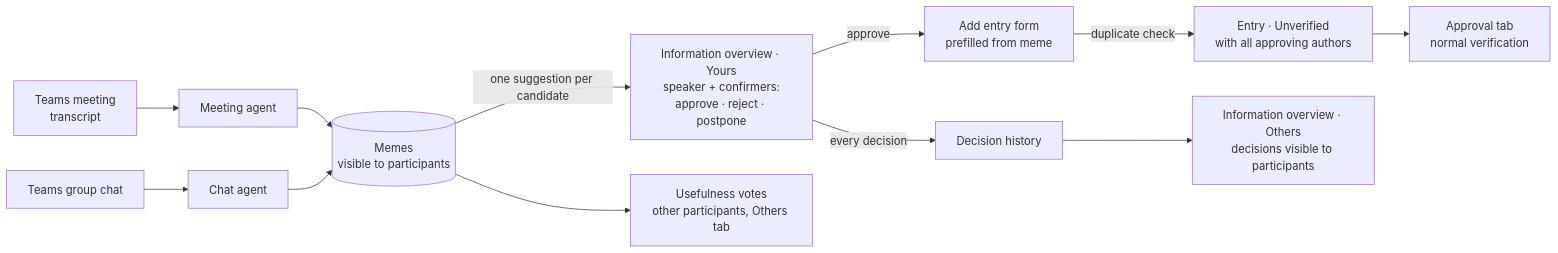
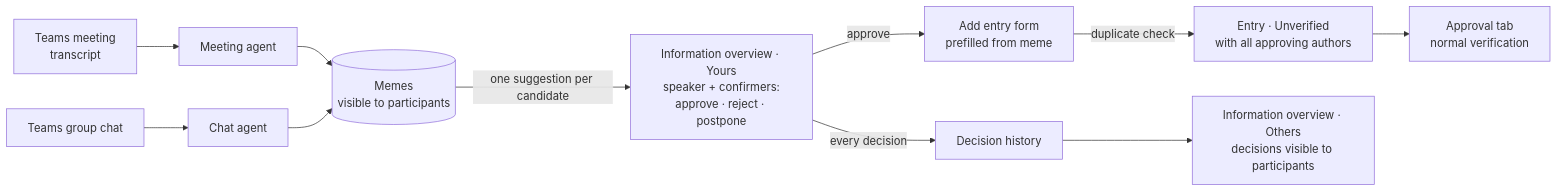
The first of 4 diagrams in specs/ai-parser/FUNCTIONAL_SPEC.md (EgorKorsunskiy/-sdworx--trusted-knowledge-base), drawn with Mermaid before and after one commit. The commit also changed other lines of this file and 19 other files, not shown here.

````diff
--- a/specs/ai-parser/FUNCTIONAL_SPEC.md
+++ b/specs/ai-parser/FUNCTIONAL_SPEC.md
@@ -87,13 +84,12 @@
 ```mermaid
 flowchart LR
     T[Teams meeting<br/>transcript] --> MA[Meeting agent]
     C[Teams group chat] --> CA[Chat agent]
     MA & CA --> M[(Memes<br/>visible to participants)]
     M -->|one suggestion per candidate| R[Information overview · Yours<br/>speaker + confirmers:<br/>approve · reject · postpone]
     R -->|approve| F[Add entry form<br/>prefilled from meme]
     F -->|duplicate check| E[Entry · Unverified<br/>with all approving authors]
     E --> V[Approval tab<br/>normal verification]
     R -->|every decision| H[Decision history]
     H --> O[Information overview · Others<br/>decisions visible to participants]
-    M --> U[Usefulness votes<br/>other participants, Others tab]
 ```
````
